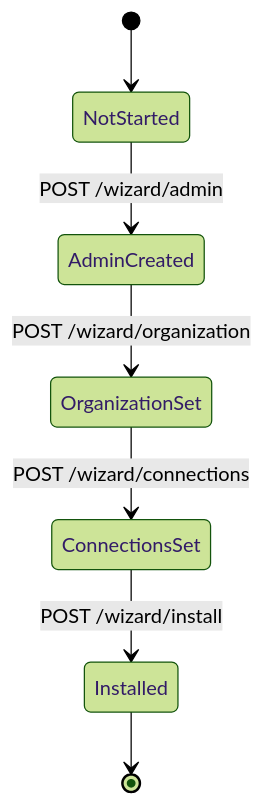
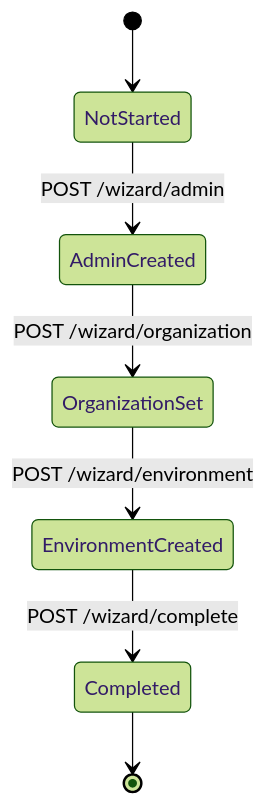
Before and after one commit to Wiesenwischer/ReadyStackGo: the fourth of 6 diagrams in docs/Architecture/Overview.md, drawn with Mermaid (forest theme). The commit also changed other lines of this file and 3 other files, not shown here.

Commit message:
Update documentation for v0.6 DDD architecture

````diff
--- a/docs/Architecture/Overview.md
+++ b/docs/Architecture/Overview.md
@@ -191,9 +227,9 @@
 ```mermaid
 stateDiagram-v2
     [*] --> NotStarted
     NotStarted --> AdminCreated: POST /wizard/admin
     AdminCreated --> OrganizationSet: POST /wizard/organization
-    OrganizationSet --> ConnectionsSet: POST /wizard/connections
-    ConnectionsSet --> Installed: POST /wizard/install
-    Installed --> [*]
+    OrganizationSet --> EnvironmentCreated: POST /wizard/environment
+    EnvironmentCreated --> Completed: POST /wizard/complete
+    Completed --> [*]
 ```
````
